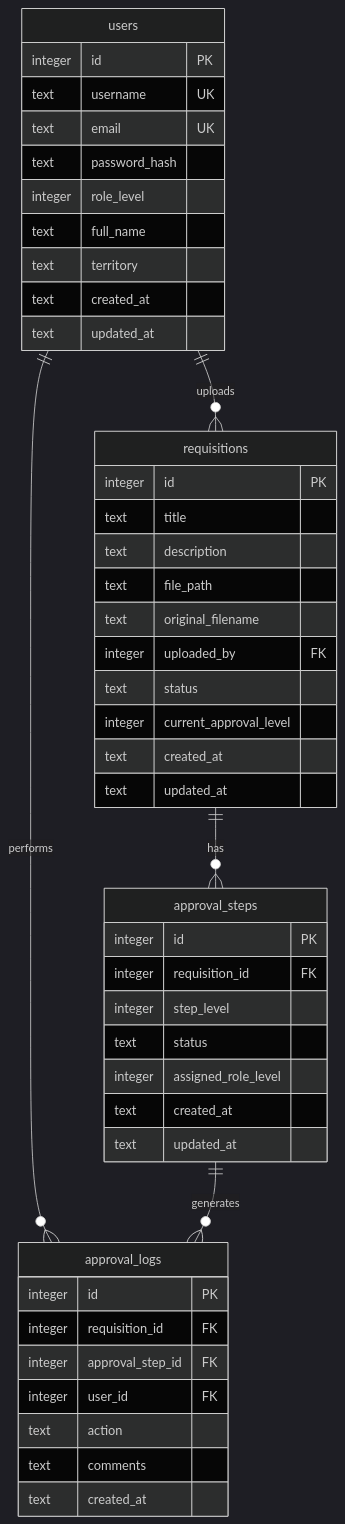
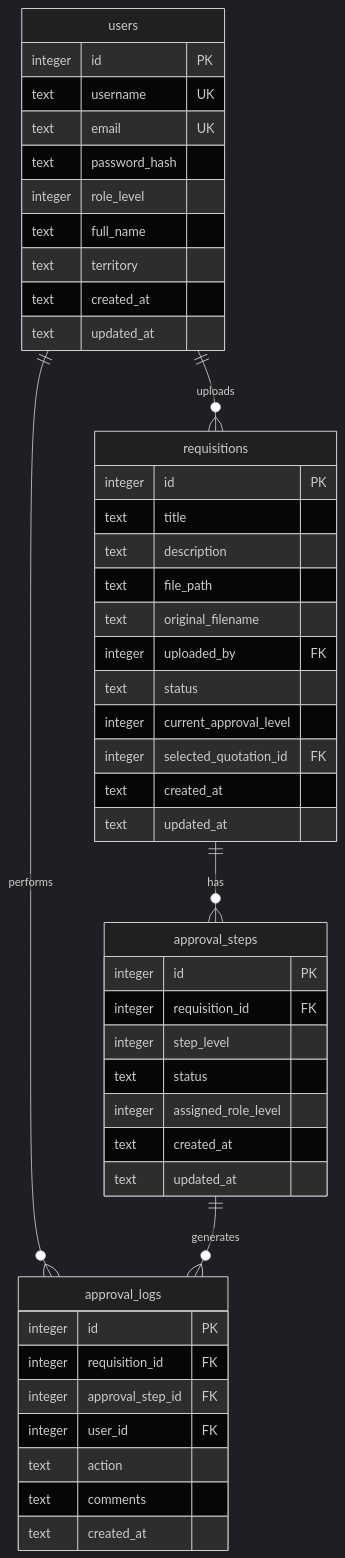
Before and after one commit to AndresFelipeGA/cid-aprueba: the second of 4 diagrams in ARCHITECTURE.md, drawn with Mermaid (dark theme). The commit also changed other lines of this file and 22 other files, not shown here.

````diff
--- a/ARCHITECTURE.md
+++ b/ARCHITECTURE.md
@@ -131,52 +142,53 @@
 ```mermaid
 erDiagram
     users ||--o{ requisitions : uploads
     users ||--o{ approval_logs : performs
     requisitions ||--o{ approval_steps : has
     approval_steps ||--o{ approval_logs : generates
 
     users {
         integer id PK
         text username UK
         text email UK
         text password_hash
         integer role_level
         text full_name
         text territory
         text created_at
         text updated_at
     }
 
     requisitions {
         integer id PK
         text title
         text description
         text file_path
         text original_filename
         integer uploaded_by FK
         text status
         integer current_approval_level
+        integer selected_quotation_id FK
         text created_at
         text updated_at
     }
 
     approval_steps {
         integer id PK
         integer requisition_id FK
         integer step_level
         text status
         integer assigned_role_level
         text created_at
         text updated_at
     }
 
     approval_logs {
         integer id PK
         integer requisition_id FK
         integer approval_step_id FK
         integer user_id FK
         text action
         text comments
         text created_at
     }
 ```
````
